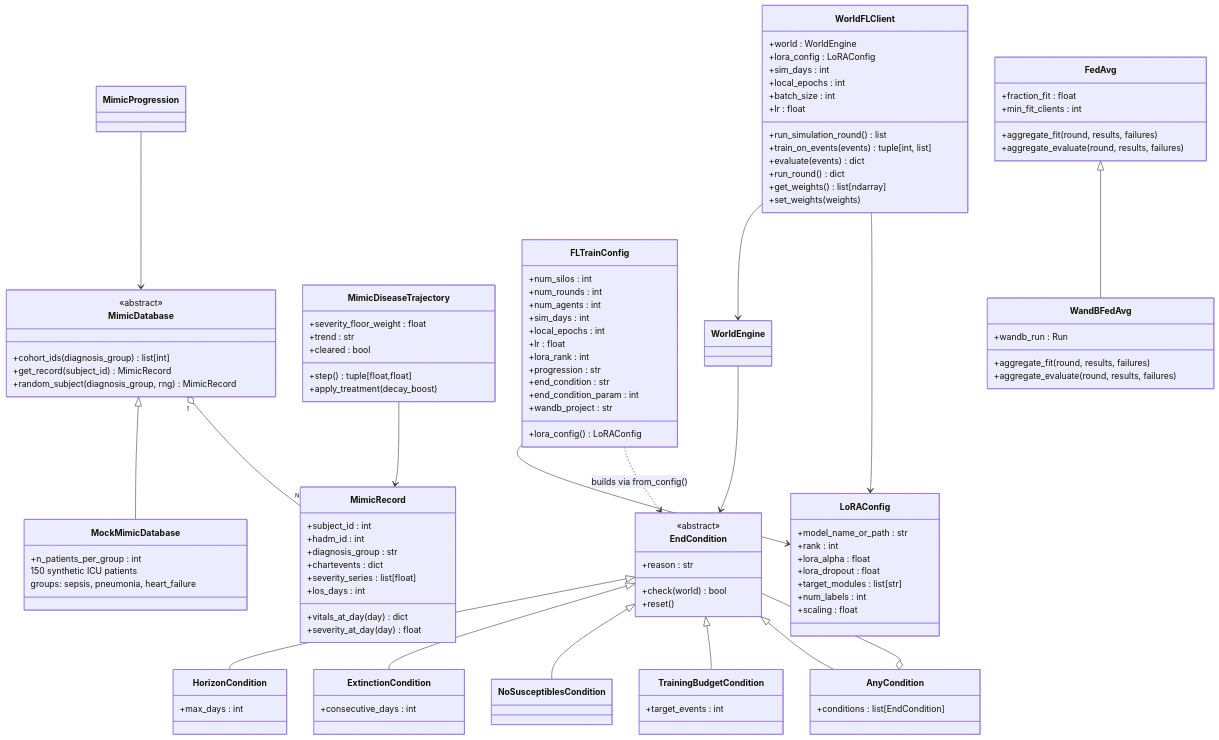
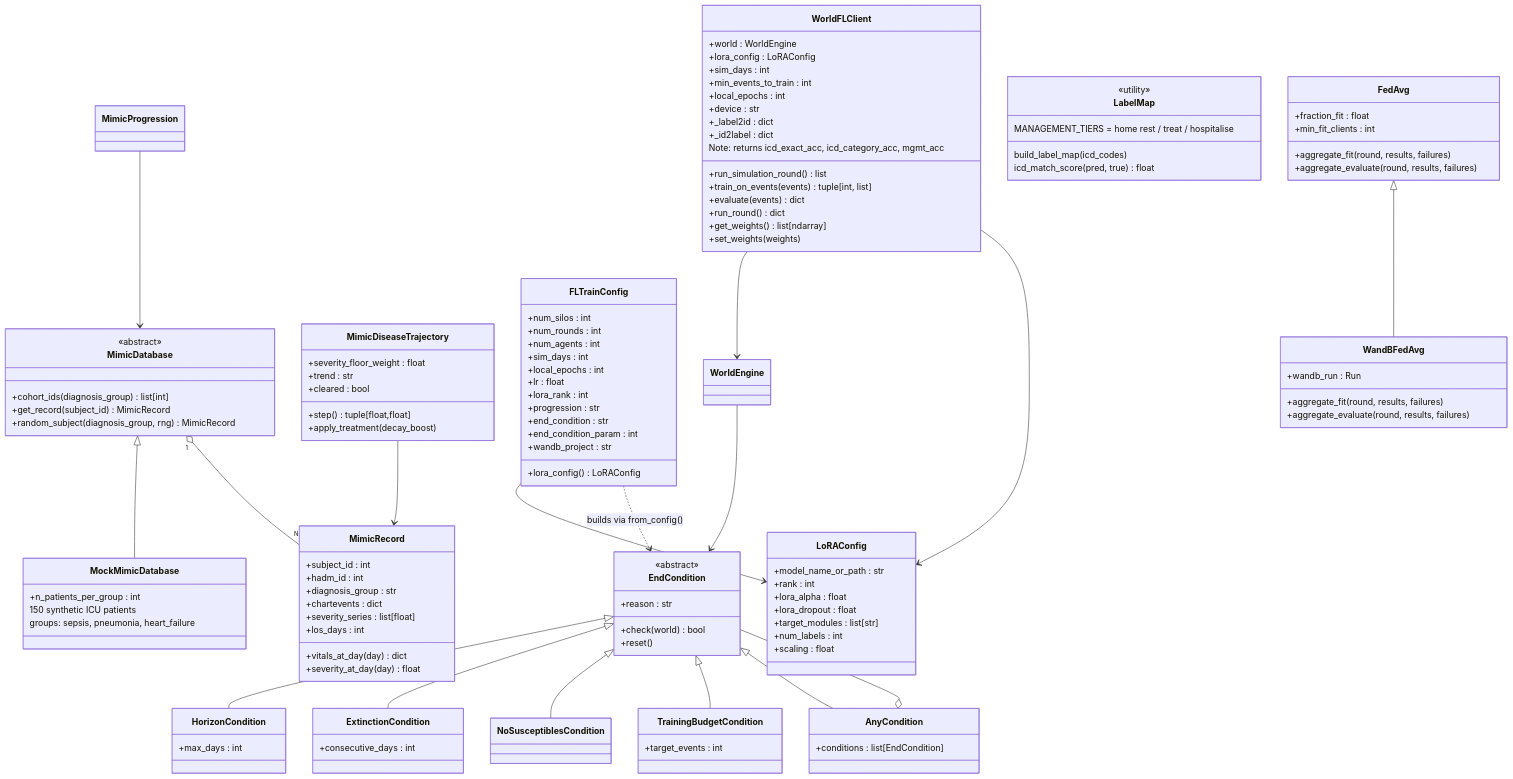
The second of 2 diagrams in docs/class_diagram.md (LeonNasc/VeFed), drawn with Mermaid before and after one commit. The commit also changed other lines of this file and 1 other file, not shown here.

First line of the commit message:
Update diagrams and research notes for ICD label change

```diff
--- a/docs/class_diagram.md
+++ b/docs/class_diagram.md
@@ -278,15 +300,25 @@
         +world : WorldEngine
         +lora_config : LoRAConfig
         +sim_days : int
+        +min_events_to_train : int
         +local_epochs : int
-        +batch_size : int
-        +lr : float
+        +device : str
+        +_label2id : dict
+        +_id2label : dict
         +run_simulation_round() list
         +train_on_events(events) tuple[int, list]
         +evaluate(events) dict
+        Note: returns icd_exact_acc, icd_category_acc, mgmt_acc
         +run_round() dict
         +get_weights() list[ndarray]
         +set_weights(weights)
+    }
+
+    class LabelMap {
+        <<utility>>
+        build_label_map(icd_codes)
+        icd_match_score(pred, true) float
+        MANAGEMENT_TIERS = home rest / treat / hospitalise
     }
 
     class LoRAConfig {
```
